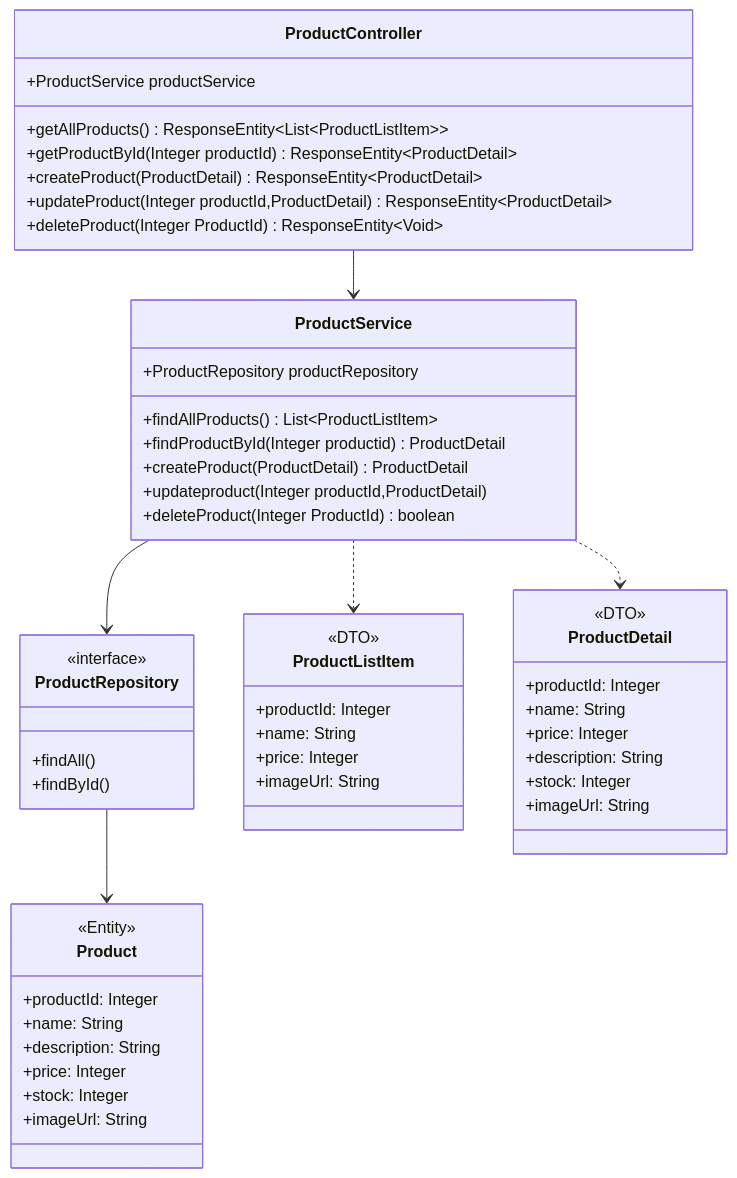
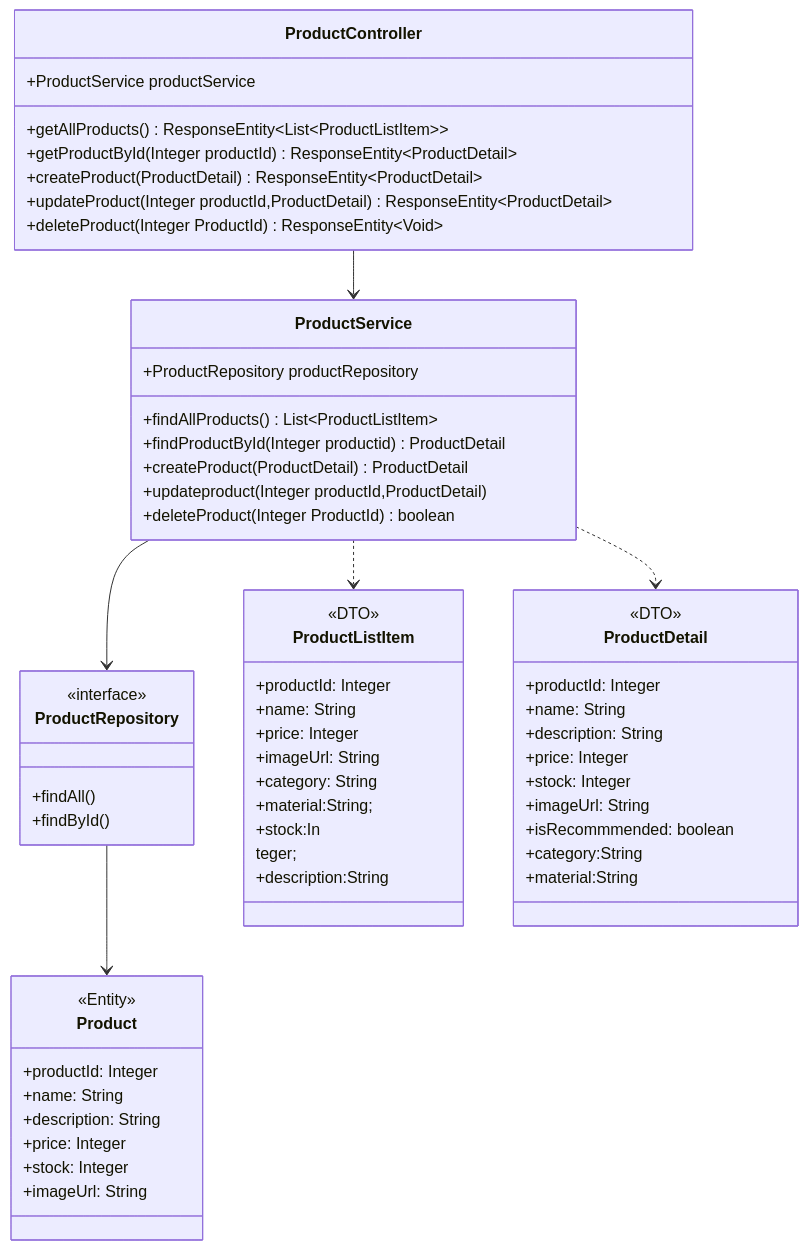
The tenth of 13 diagrams in 詳細設計/詳細設計.md (Hinako-Kimura127/neko), drawn with Mermaid before and after one commit. The commit also changed other lines of this file, not shown here.

````diff
--- a/詳細設計/詳細設計.md
+++ b/詳細設計/詳細設計.md
@@ -663,59 +661,69 @@
 ```mermaid
 classDiagram
 
 %% =========================
 %% 商品関連
 %% =========================
 class ProductController {
     +ProductService productService
     +getAllProducts() ResponseEntity~List~ProductListItem~~
     +getProductById(Integer productId) ResponseEntity~ProductDetail~
     +createProduct(ProductDetail) ResponseEntity~ProductDetail~
     +updateProduct(Integer productId,ProductDetail) ResponseEntity~ProductDetail~
     +deleteProduct(Integer ProductId) ResponseEntity~Void~
 }
 class ProductService {
     +ProductRepository productRepository
     +findAllProducts() List~ProductListItem~
     +findProductById(Integer productid) ProductDetail
     +createProduct(ProductDetail) ProductDetail
     +updateproduct(Integer productId,ProductDetail)
     +deleteProduct(Integer ProductId) boolean
 }
 class ProductRepository {
     <<interface>>
     +findAll()
     +findById()
 }
 class Product {
     <<Entity>>
     +productId: Integer
     +name: String
     +description: String
     +price: Integer
     +stock: Integer
     +imageUrl: String
 }
 class ProductListItem {
     <<DTO>>
     +productId: Integer
     +name: String
     +price: Integer
     +imageUrl: String
+    +category: String
+    +material:String;
+    +stock:In
+    teger;
+    +description:String
+
 }
 class ProductDetail {
     <<DTO>>
     +productId: Integer
     +name: String
+    +description: String
     +price: Integer
-    +description: String
     +stock: Integer
     +imageUrl: String
+    +isRecommmended: boolean
+    +category:String
+    +material:String
+
 }
 
 ProductController --> ProductService
 ProductService --> ProductRepository
 ProductRepository --> Product
 ProductService ..> ProductListItem
 ProductService ..> ProductDetail
 ```
````
